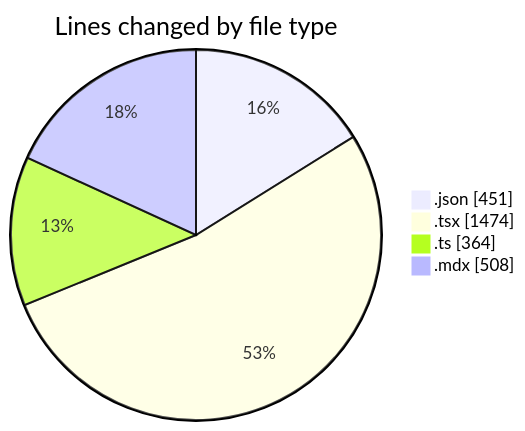
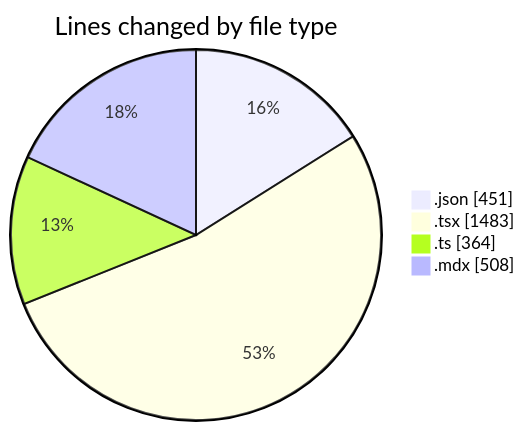
The first of 2 diagrams in 2025-05-01/niten/README.md (Elitesun/code-tracking), drawn with Mermaid before and after one commit. The commit also changed other lines of this file and 1 other file, not shown here.

````diff
--- a/2025-05-01/niten/README.md
+++ b/2025-05-01/niten/README.md
@@ -49,8 +49,8 @@
 ```mermaid
 pie showData
 title Lines changed by file type
 ".json" : 451
-".tsx" : 1474
+".tsx" : 1483
 ".ts" : 364
 ".mdx" : 508
 ```
````
